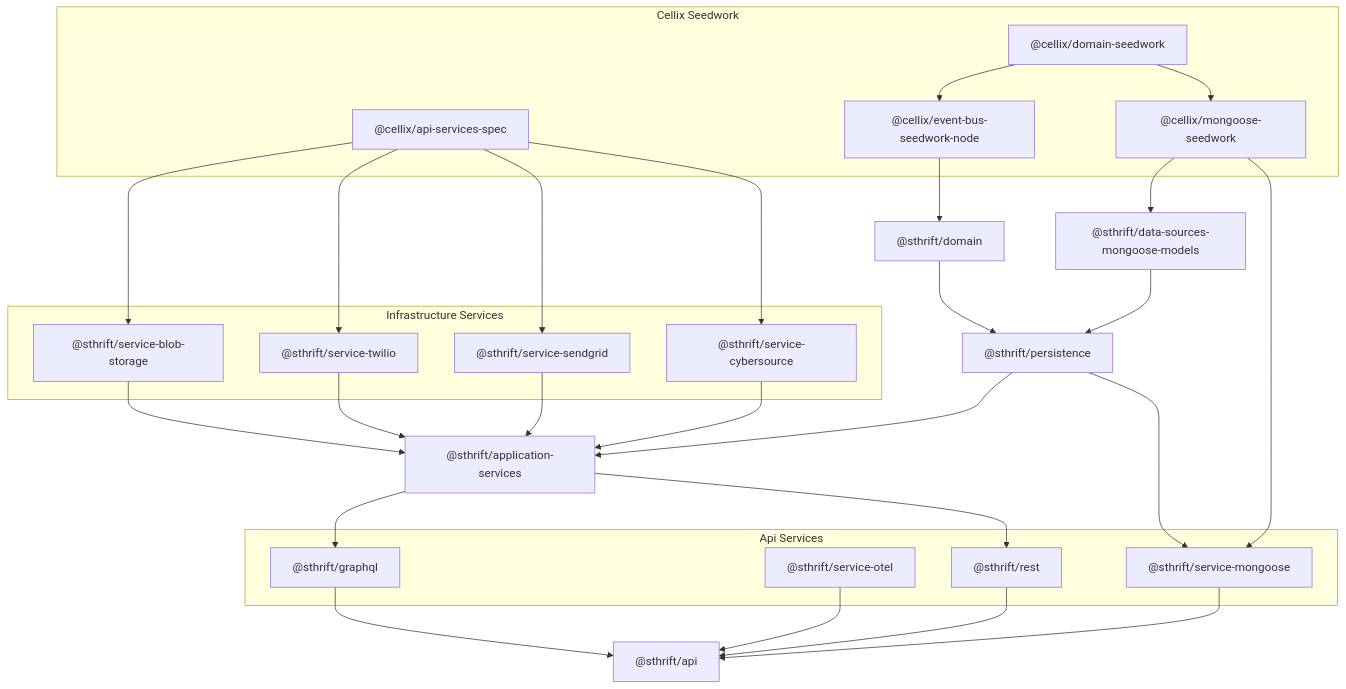
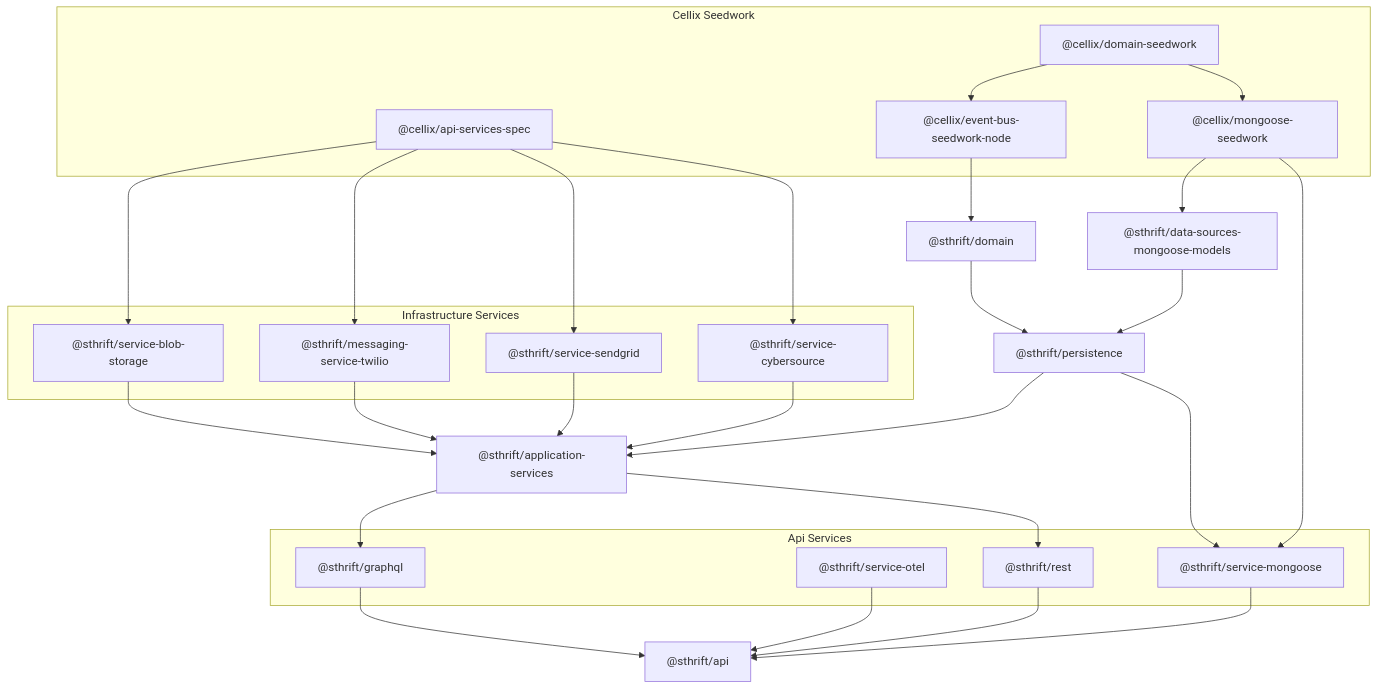
The diagram in documents/architecture-diagram.md (simnova/sharethrift), drawn with Mermaid before and after one commit. The commit also changed 69 other files, not shown here.

````diff
--- a/documents/architecture-diagram.md
+++ b/documents/architecture-diagram.md
@@ -2,79 +2,79 @@
 ```mermaid
 
 graph TD
   %% Seedwork and shared libraries
   subgraph Cellix Seedwork
     cellix-api-services-spec["@cellix/api-services-spec"]
     cellix-domain-seedwork["@cellix/domain-seedwork"]
     cellix-event-bus-seedwork-node["@cellix/event-bus-seedwork-node"]
     cellix-mongoose-seedwork["@cellix/mongoose-seedwork"]
   end
 
   %% Domain Layer
   sthrft-domain["@sthrift/domain"]
   sthrft-data-sources-mongoose-models["@sthrift/data-sources-mongoose-models"]
 
   %% Application Layer
   sthrft-application-services["@sthrift/application-services"]
 
   %% External Services (above Application Layer)
   subgraph Infrastructure Services
   sthrft-service-blob["@sthrift/service-blob-storage"]
   sthrft-service-cybersource["@sthrift/service-cybersource"]
   sthrft-service-sendgrid["@sthrift/service-sendgrid"]
-  sthrft-service-twilio["@sthrift/service-twilio"]
+  sthrft-messaging-service-twilio["@sthrift/messaging-service-twilio"]
   end
 
   %% Infrastructure Layer
   sthrft-persistence["@sthrift/persistence"]
   sthrft-service-blob["@sthrift/service-blob-storage"]
   sthrft-service-cybersource["@sthrift/service-cybersource"]
   sthrft-service-sendgrid["@sthrift/service-sendgrid"]
-  sthrft-service-twilio["@sthrift/service-twilio"]
+  sthrft-messaging-service-twilio["@sthrift/messaging-service-twilio"]
 
   %% API Layer
   subgraph Api Services
   sthrft-graphql["@sthrift/graphql"]
   sthrft-service-otel["@sthrift/service-otel"]
   sthrft-rest["@sthrift/rest"]
   sthrft-service-mongoose["@sthrift/service-mongoose"]
   end
   sthrft-api["@sthrift/api"]
 
   %% Connections
   cellix-domain-seedwork --> cellix-event-bus-seedwork-node
   cellix-domain-seedwork --> cellix-mongoose-seedwork
   cellix-event-bus-seedwork-node --> sthrft-domain
   cellix-mongoose-seedwork --> sthrft-data-sources-mongoose-models
   cellix-mongoose-seedwork --> sthrft-service-mongoose
   cellix-api-services-spec --> sthrft-service-blob
-  cellix-api-services-spec --> sthrft-service-twilio
+  cellix-api-services-spec --> sthrft-messaging-service-twilio
   cellix-api-services-spec --> sthrft-service-sendgrid
   cellix-api-services-spec --> sthrft-service-cybersource
 
 
   sthrft-domain --> sthrft-persistence
 
   sthrft-data-sources-mongoose-models --> sthrft-persistence
 
   sthrft-persistence --> sthrft-application-services
   sthrft-service-blob --> sthrft-application-services
   sthrft-service-cybersource --> sthrft-application-services
   sthrft-service-sendgrid --> sthrft-application-services
-  sthrft-service-twilio --> sthrft-application-services
+  sthrft-messaging-service-twilio --> sthrft-application-services
   sthrft-persistence --> sthrft-service-mongoose
 
   sthrft-application-services --> sthrft-graphql
   sthrft-application-services --> sthrft-rest
 
   sthrft-service-mongoose --> sthrft-api
   sthrft-service-otel --> sthrft-api
 
   sthrft-graphql --> sthrft-api
   sthrft-rest --> sthrft-api
 
   %% API entrypoint
   sthrft-api["@sthrift/api"]
 
 
 ```
````
